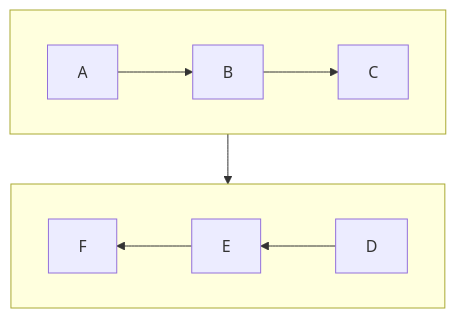
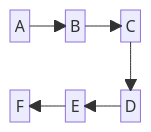
One commit to rchDev/game-of-points changed the second of 2 diagrams in docs/deep-lore.md. Above: the diagram before and after it, drawn with Mermaid.

Commit message:
[docs]: add a bunch of stuff to deep-lore.md

````diff
--- a/docs/deep-lore.md
+++ b/docs/deep-lore.md
@@ -49,17 +49,13 @@
 ```mermaid
-flowchart TD
+block-beta
+   columns 5
+   A space B space C
+   space space space space space
+   F space E space D
 
-subgraph Z[" "]
-direction LR
-A --> B
-B --> C
-end
-
-subgraph ZA[" "]
-direction RL
-D-->E
-E-->F
-end
-
-Z --> ZA
+   A --> B
+   B --> C
+   C --> D
+   D --> E
+   E --> F
 ```
````
